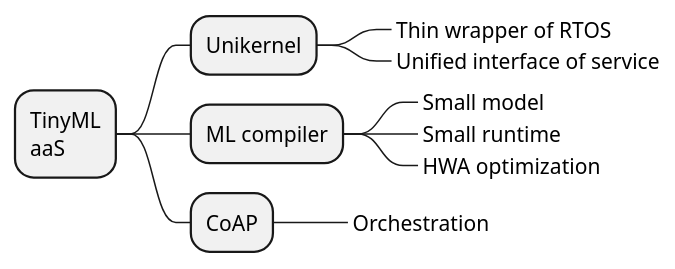
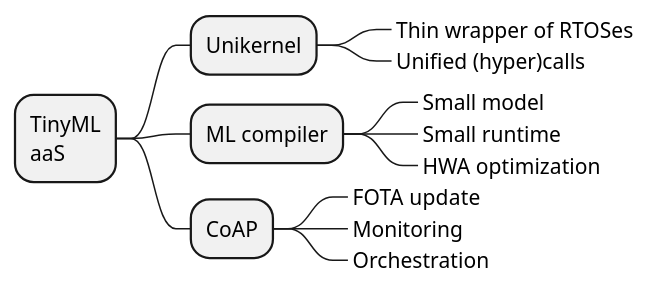
The diagram in summary-3enablers.puml (doyu/elc2019), drawn with PlantUML before and after one commit. The commit also changed 4 other files, not shown here.

```diff
--- a/summary-3enablers.puml
+++ b/summary-3enablers.puml
@@ -1,14 +1,16 @@
 @startmindmap
 
 * TinyML\naaS
 ** Unikernel
-***_ Thin wrapper of RTOS
-***_ Unified interface of service
+***_ Thin wrapper of RTOSes
+***_ Unified (hyper)calls
 ** ML compiler
 ***_ Small model
 ***_ Small runtime
 ***_ HWA optimization
 ** CoAP
+***_ FOTA update
+***_ Monitoring
 ***_ Orchestration
 
 @endmindmap
```
